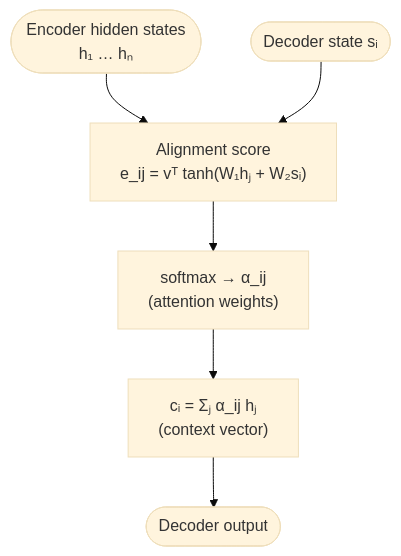
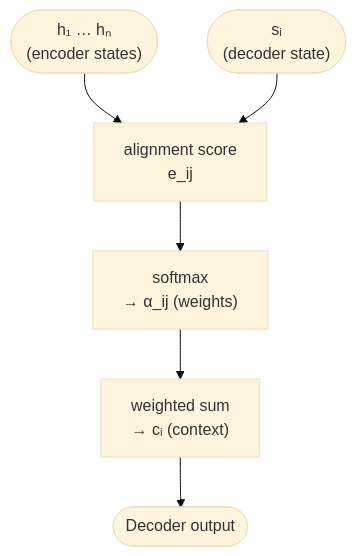
The first of 2 diagrams in source/pages/Natural_Language_Processing/Attentions/02-additive-attention.md (95anantsingh/ds-notebook), drawn with Mermaid (base theme) before and after one commit. The commit also changed other lines of this file and 15 other files, not shown here.

````diff
--- a/source/pages/Natural_Language_Processing/Attentions/02-additive-attention.md
+++ b/source/pages/Natural_Language_Processing/Attentions/02-additive-attention.md
@@ -11,8 +47,8 @@
 ```{mermaid}
 flowchart TD
-    A([Encoder hidden states\nh₁ … hₙ]) --> C["Alignment score\ne_ij = vᵀ tanh(W₁hⱼ + W₂sᵢ)"]
-    B([Decoder state sᵢ]) --> C
-    C --> D["softmax → α_ij\n(attention weights)"]
-    D --> E["cᵢ = Σⱼ α_ij hⱼ\n(context vector)"]
-    E --> F([Decoder output])
+    H(["h₁ … hₙ<br>(encoder states)"]) --> E["alignment score<br>e_ij"]
+    S(["sᵢ<br>(decoder state)"]) --> E
+    E --> A["softmax<br>→ α_ij (weights)"]
+    A --> C["weighted sum<br>→ cᵢ (context)"]
+    C --> O([Decoder output])
 ```
````
